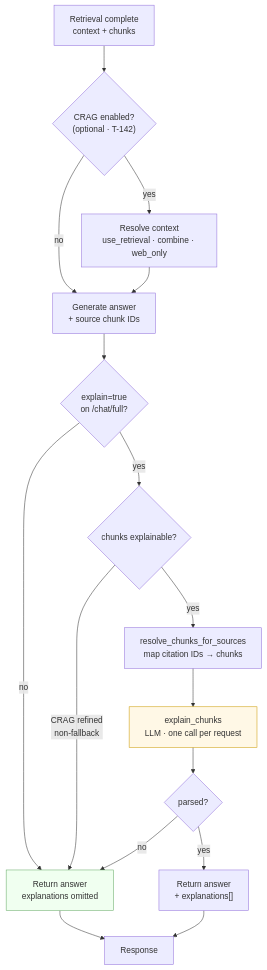
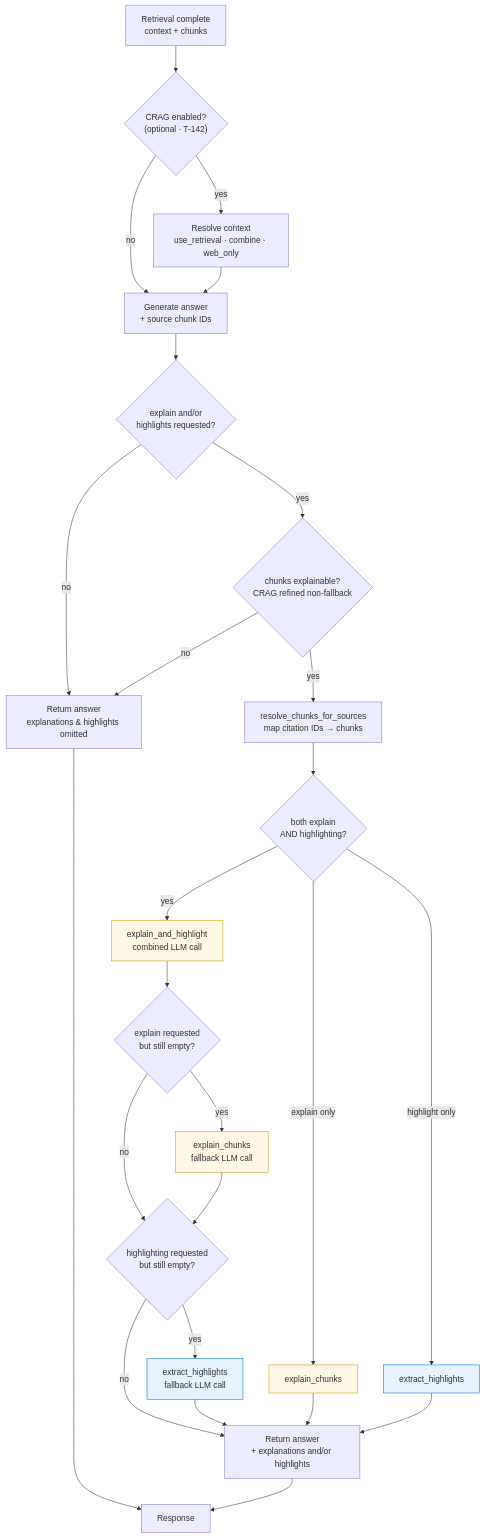
Before and after one commit to ealbertoav/rag_platform: the tenth of 13 diagrams in README.md, drawn with Mermaid. The commit also changed other lines of this file, not shown here.

First line of the commit message:
Add explain and highlight fallback logic to README (T-144)

````diff
--- a/README.md
+++ b/README.md
@@ -1880,21 +1924,33 @@
 ```mermaid
 flowchart TD
     RT["Retrieval complete<br/>context + chunks"] --> CRAG{"CRAG enabled?<br/>(optional · T-142)"}
     CRAG -->|no| GEN["Generate answer<br/>+ source chunk IDs"]
     CRAG -->|yes| CR2["Resolve context<br/>use_retrieval · combine · web_only"]
     CR2 --> GEN
-    GEN --> EX{"explain=true<br/>on /chat/full?"}
-    EX -->|no| OUT["Return answer<br/>explanations omitted"]
-    EX -->|yes| CHK{chunks explainable?}
-    CHK -->|CRAG refined<br/>non-fallback| OUT
+    GEN --> PG{"explain and/or<br/>highlights requested?"}
+    PG -->|no| OUT["Return answer<br/>explanations & highlights omitted"]
+    PG -->|yes| CHK{chunks explainable?<br/>CRAG refined non-fallback}
+    CHK -->|no| OUT
     CHK -->|yes| RES["resolve_chunks_for_sources<br/>map citation IDs → chunks"]
-    RES --> EXP["explain_chunks<br/>LLM · one call per request"]
-    EXP --> OK{parsed?}
-    OK -->|yes| OUT2["Return answer<br/>+ explanations[]"]
-    OK -->|no| OUT
+    RES --> BOTH{both explain<br/>AND highlighting?}
+    BOTH -->|yes| COMB["explain_and_highlight<br/>combined LLM call"]
+    COMB --> FBE{explain requested<br/>but still empty?}
+    FBE -->|yes| EXP["explain_chunks<br/>fallback LLM call"]
+    FBE -->|no| FBH
+    EXP --> FBH{highlighting requested<br/>but still empty?}
+    FBH -->|yes| HL["extract_highlights<br/>fallback LLM call"]
+    FBH -->|no| OUT2
+    HL --> OUT2["Return answer<br/>+ explanations and/or highlights"]
+    BOTH -->|explain only| EXP2["explain_chunks"]
+    BOTH -->|highlight only| HL2["extract_highlights"]
+    EXP2 --> OUT2
+    HL2 --> OUT2
     OUT --> DONE["Response"]
     OUT2 --> DONE
 
+    style COMB fill:#fff8e6,stroke:#cc9900
     style EXP fill:#fff8e6,stroke:#cc9900
-    style OUT fill:#f0fff0,stroke:#66aa66
+    style EXP2 fill:#fff8e6,stroke:#cc9900
+    style HL fill:#e6f3ff,stroke:#0066cc
+    style HL2 fill:#e6f3ff,stroke:#0066cc
 ```
````
